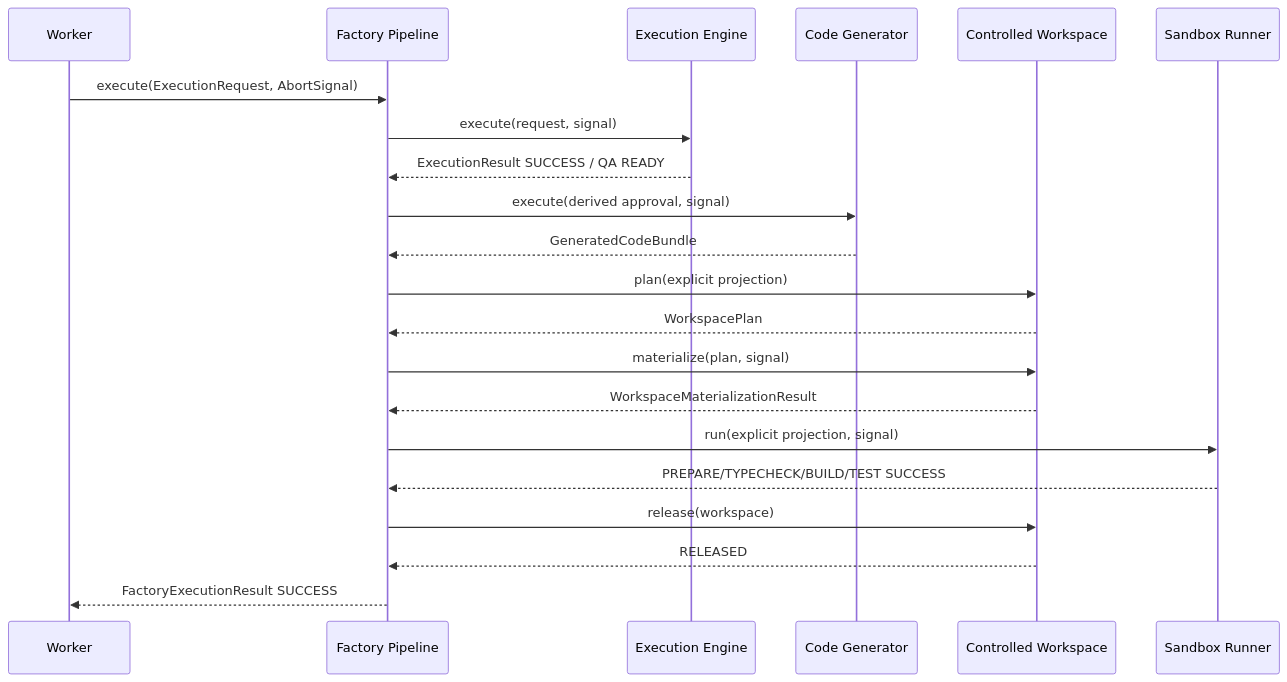
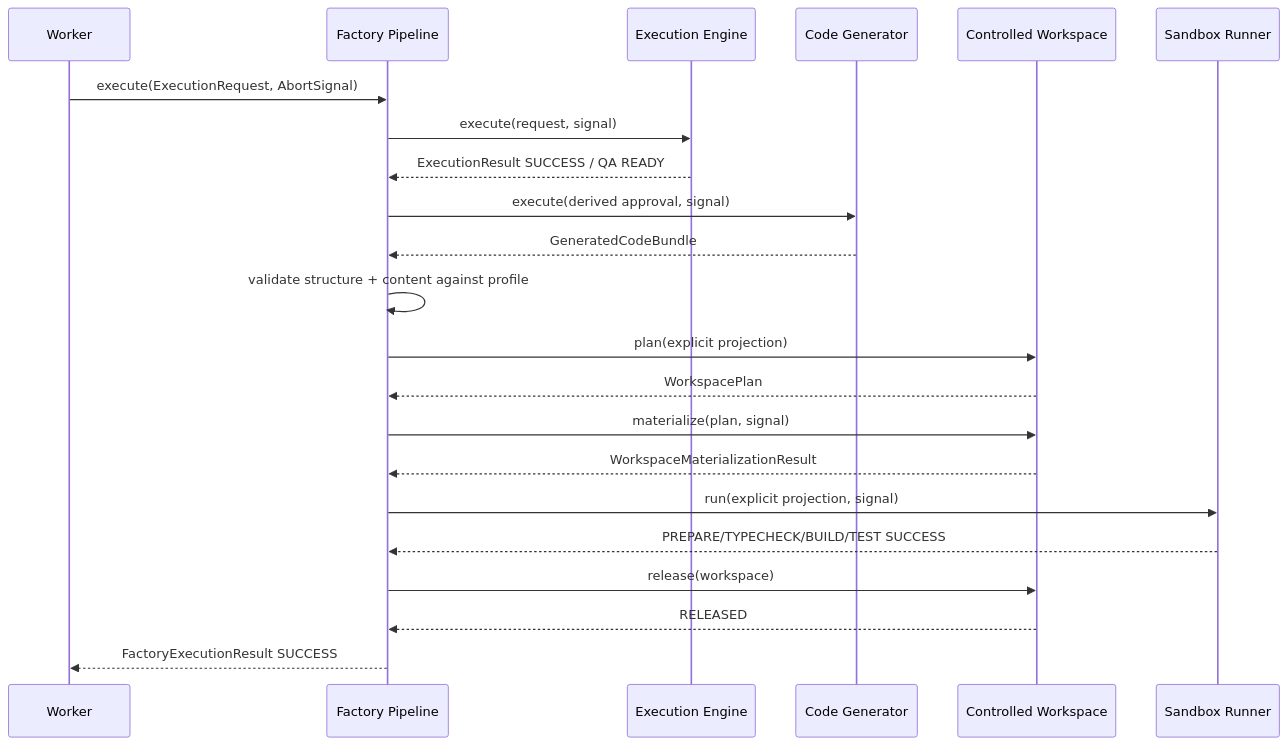
The second of 10 diagrams in knowledge/50-FACTORY_PIPELINE_FLOW.md (felipet66/brq-ai-factory), drawn with Mermaid before and after one commit. The commit also changed other lines of this file and 158 other files, not shown here.

````diff
--- a/knowledge/50-FACTORY_PIPELINE_FLOW.md
+++ b/knowledge/50-FACTORY_PIPELINE_FLOW.md
@@ -31,23 +34,24 @@
 ```mermaid
 sequenceDiagram
     participant W as Worker
     participant F as Factory Pipeline
     participant E as Execution Engine
     participant C as Code Generator
     participant X as Controlled Workspace
     participant S as Sandbox Runner
     W->>F: execute(ExecutionRequest, AbortSignal)
     F->>E: execute(request, signal)
     E-->>F: ExecutionResult SUCCESS / QA READY
     F->>C: execute(derived approval, signal)
     C-->>F: GeneratedCodeBundle
+    F->>F: validate structure + content against profile
     F->>X: plan(explicit projection)
     X-->>F: WorkspacePlan
     F->>X: materialize(plan, signal)
     X-->>F: WorkspaceMaterializationResult
     F->>S: run(explicit projection, signal)
     S-->>F: PREPARE/TYPECHECK/BUILD/TEST SUCCESS
     F->>X: release(workspace)
     X-->>F: RELEASED
     F-->>W: FactoryExecutionResult SUCCESS
 ```
````
